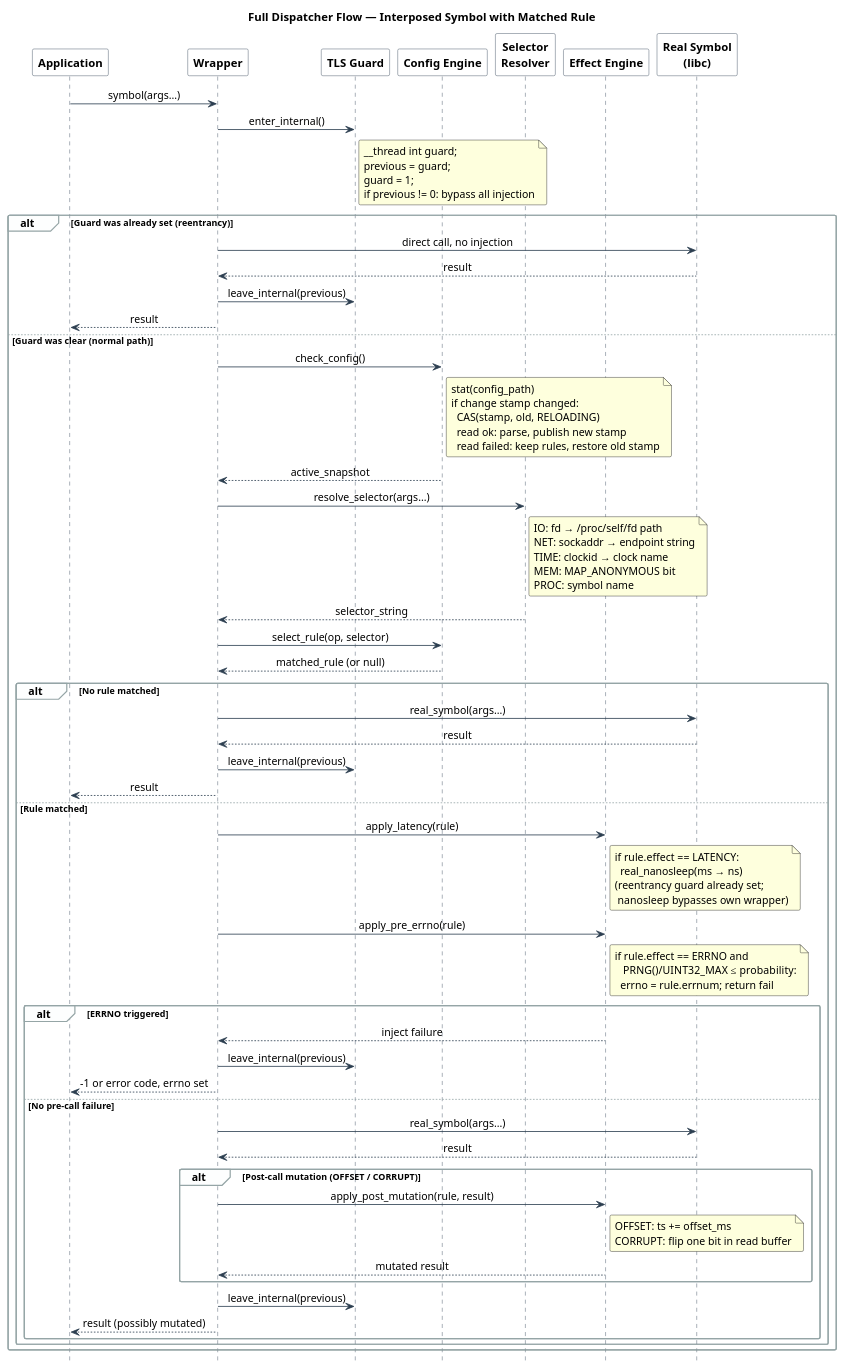
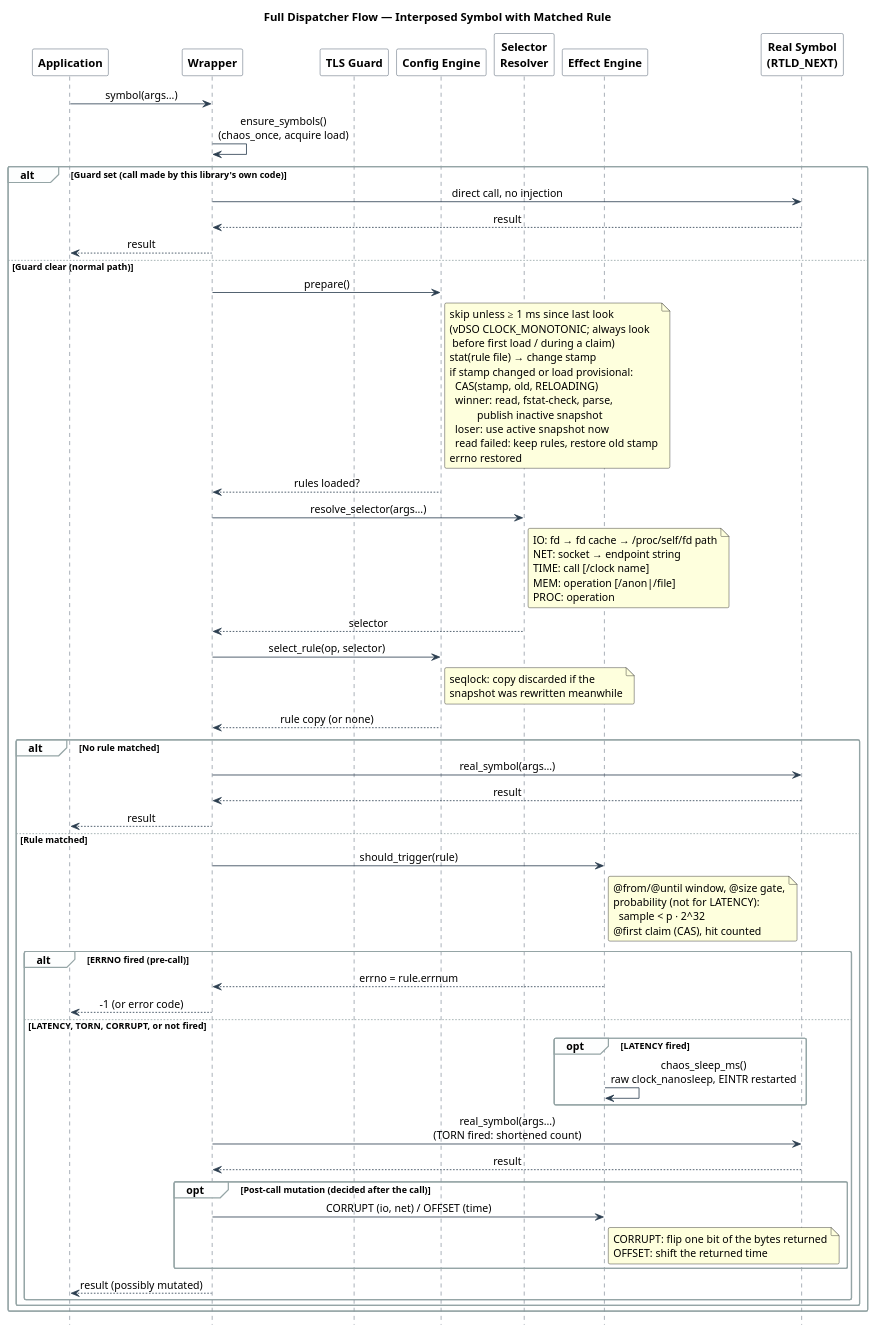
Before and after one commit to macstab/macstab-chaos-testing-libraries: the first of 3 diagrams in docs/ARCHITECTURE.md, drawn with PlantUML. The commit also changed other lines of this file and 14 other files, not shown here.

Commit message:
docs: rewrite architecture, safety, platform and engineering docs; redraw diagrams

```diff
--- a/docs/ARCHITECTURE.md
+++ b/docs/ARCHITECTURE.md
@@ -153,87 +203,79 @@
 participant "Config Engine"  as Config
 participant "Selector\nResolver" as Sel
 participant "Effect Engine"  as FX
-participant "Real Symbol\n(libc)"  as Real
+participant "Real Symbol\n(RTLD_NEXT)"  as Real
 
 App -> Wrap : symbol(args…)
+Wrap -> Wrap : ensure_symbols()\n(chaos_once, acquire load)
 
-Wrap -> Guard : enter_internal()
-note right of Guard
-  __thread int guard;
-  previous = guard;
-  guard = 1;
-  if previous != 0: bypass all injection
-end note
-
-alt Guard was already set (reentrancy)
+alt Guard set (call made by this library's own code)
   Wrap -> Real : direct call, no injection
   Real --> Wrap : result
-  Wrap -> Guard : leave_internal(previous)
   Wrap --> App : result
-else Guard was clear (normal path)
+else Guard clear (normal path)
 
-  Wrap -> Config : check_config()
+  Wrap -> Config : prepare()
   note right of Config
-    stat(config_path)
-    if change stamp changed:
+    skip unless ≥ 1 ms since last look
+    (vDSO CLOCK_MONOTONIC; always look
+     before first load / during a claim)
+    stat(rule file) → change stamp
+    if stamp changed or load provisional:
       CAS(stamp, old, RELOADING)
-      read ok: parse, publish new stamp
+      winner: read, fstat-check, parse,
+              publish inactive snapshot
+      loser:  use active snapshot now
       read failed: keep rules, restore old stamp
+    errno restored
   end note
-  Config --> Wrap : active_snapshot
+  Config --> Wrap : rules loaded?
 
   Wrap -> Sel : resolve_selector(args…)
   note right of Sel
-    IO: fd → /proc/self/fd path
-    NET: sockaddr → endpoint string
-    TIME: clockid → clock name
-    MEM: MAP_ANONYMOUS bit
-    PROC: symbol name
+    IO: fd → fd cache → /proc/self/fd path
+    NET: socket → endpoint string
+    TIME: call [/clock name]
+    MEM: operation [/anon|/file]
+    PROC: operation
   end note
-  Sel --> Wrap : selector_string
+  Sel --> Wrap : selector
 
   Wrap -> Config : select_rule(op, selector)
-  Config --> Wrap : matched_rule (or null)
+  note right of Config
+    seqlock: copy discarded if the
+    snapshot was rewritten meanwhile
+  end note
+  Config --> Wrap : rule copy (or none)
 
   alt No rule matched
     Wrap -> Real : real_symbol(args…)
     Real --> Wrap : result
-    Wrap -> Guard : leave_internal(previous)
     Wrap --> App : result
   else Rule matched
-    Wrap -> FX : apply_latency(rule)
+    Wrap -> FX : should_trigger(rule)
     note right of FX
-      if rule.effect == LATENCY:
-        real_nanosleep(ms → ns)
-      (reentrancy guard already set;
-       nanosleep bypasses own wrapper)
+      @from/@until window, @size gate,
+      probability (not for LATENCY):
+        sample < p · 2^32
+      @first claim (CAS), hit counted
     end note
 
-    Wrap -> FX : apply_pre_errno(rule)
-    note right of FX
-      if rule.effect == ERRNO and
-         PRNG()/UINT32_MAX ≤ probability:
-        errno = rule.errnum; return fail
-    end note
-
-    alt ERRNO triggered
-      FX --> Wrap : inject failure
-      Wrap -> Guard : leave_internal(previous)
-      Wrap --> App : -1 or error code, errno set
-    else No pre-call failure
-      Wrap -> Real : real_symbol(args…)
+    alt ERRNO fired (pre-call)
+      FX --> Wrap : errno = rule.errnum
+      Wrap --> App : -1 (or error code)
+    else LATENCY, TORN, CORRUPT, or not fired
+      opt LATENCY fired
+        FX -> FX : chaos_sleep_ms()\nraw clock_nanosleep, EINTR restarted
+      end
+      Wrap -> Real : real_symbol(args…)\n(TORN fired: shortened count)
       Real --> Wrap : result
-
-      alt Post-call mutation (OFFSET / CORRUPT)
-        Wrap -> FX : apply_post_mutation(rule, result)
+      opt Post-call mutation (decided after the call)
+        Wrap -> FX : CORRUPT (io, net) / OFFSET (time)
         note right of FX
-          OFFSET: ts += offset_ms
-          CORRUPT: flip one bit in read buffer
+          CORRUPT: flip one bit of the bytes returned
+          OFFSET: shift the returned time
         end note
-        FX --> Wrap : mutated result
       end
-
-      Wrap -> Guard : leave_internal(previous)
       Wrap --> App : result (possibly mutated)
     end
   end
```
